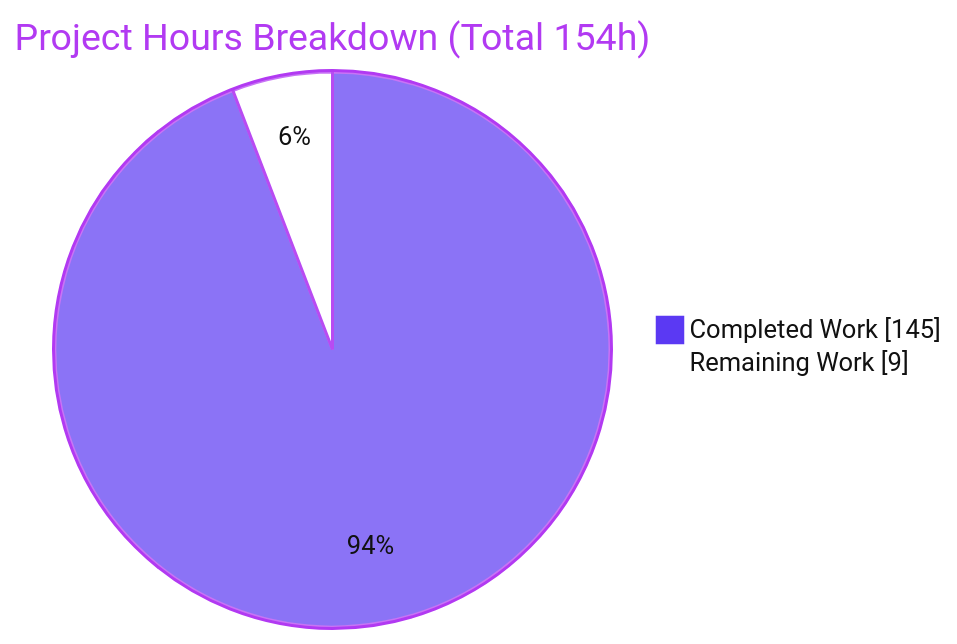
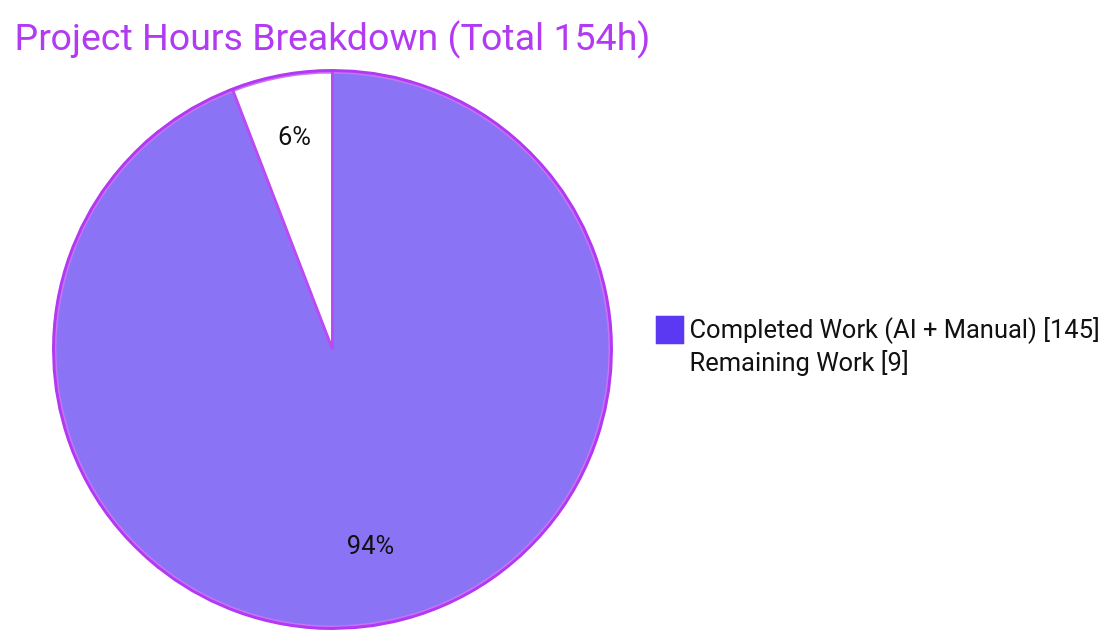
One commit to blitzy-public-samples/aws-carddemo-blitzy changed the second of 3 diagrams in blitzy/documentation/Project Guide.md. Above: the diagram before and after it, drawn with Mermaid. The commit also changed other lines of this file and 4 other files, not shown here.

````diff
--- a/blitzy/documentation/Project Guide.md
+++ b/blitzy/documentation/Project Guide.md
@@ -199,6 +201,6 @@
 ```mermaid
 %%{init: {'theme':'base','themeVariables':{'pie1':'#5B39F3','pie2':'#FFFFFF','pieStrokeColor':'#B23AF2','pieStrokeWidth':'2px','pieOuterStrokeColor':'#B23AF2','pieOuterStrokeWidth':'2px','pieTitleTextColor':'#B23AF2','pieSectionTextColor':'#111111','pieLegendTextColor':'#111111'}}}%%
 pie showData title Project Hours Breakdown (Total 154h)
-    "Completed Work" : 145
+    "Completed Work (AI + Manual)" : 145
     "Remaining Work" : 9
 ```
````
